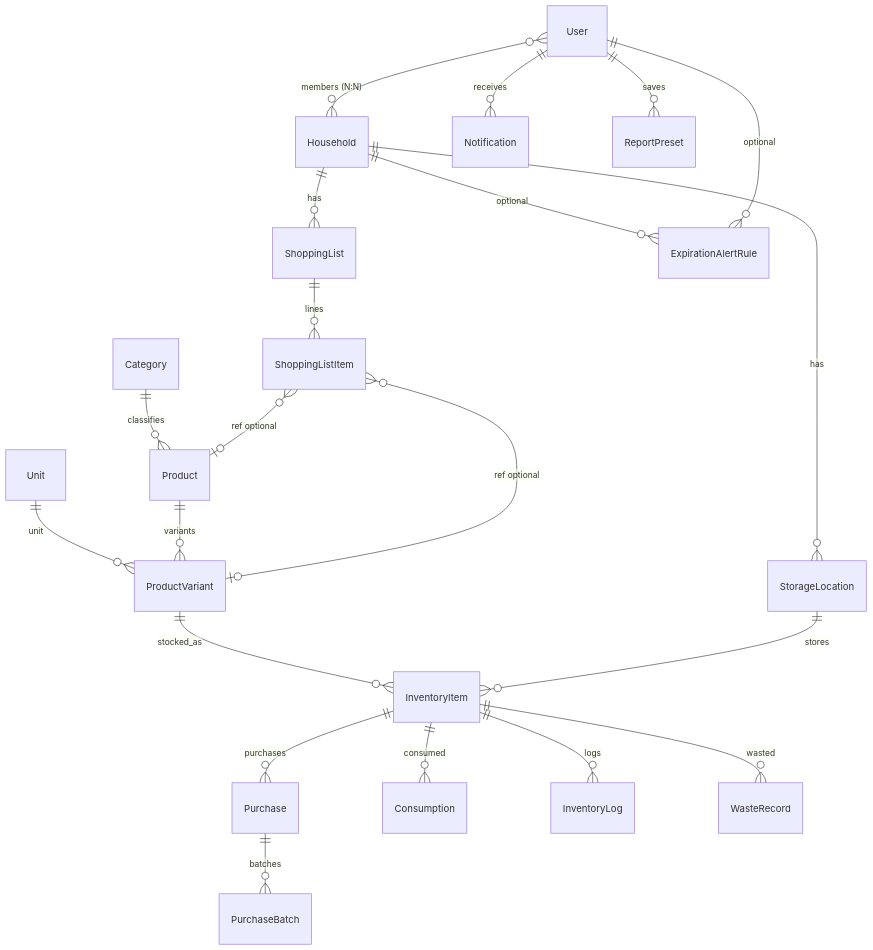
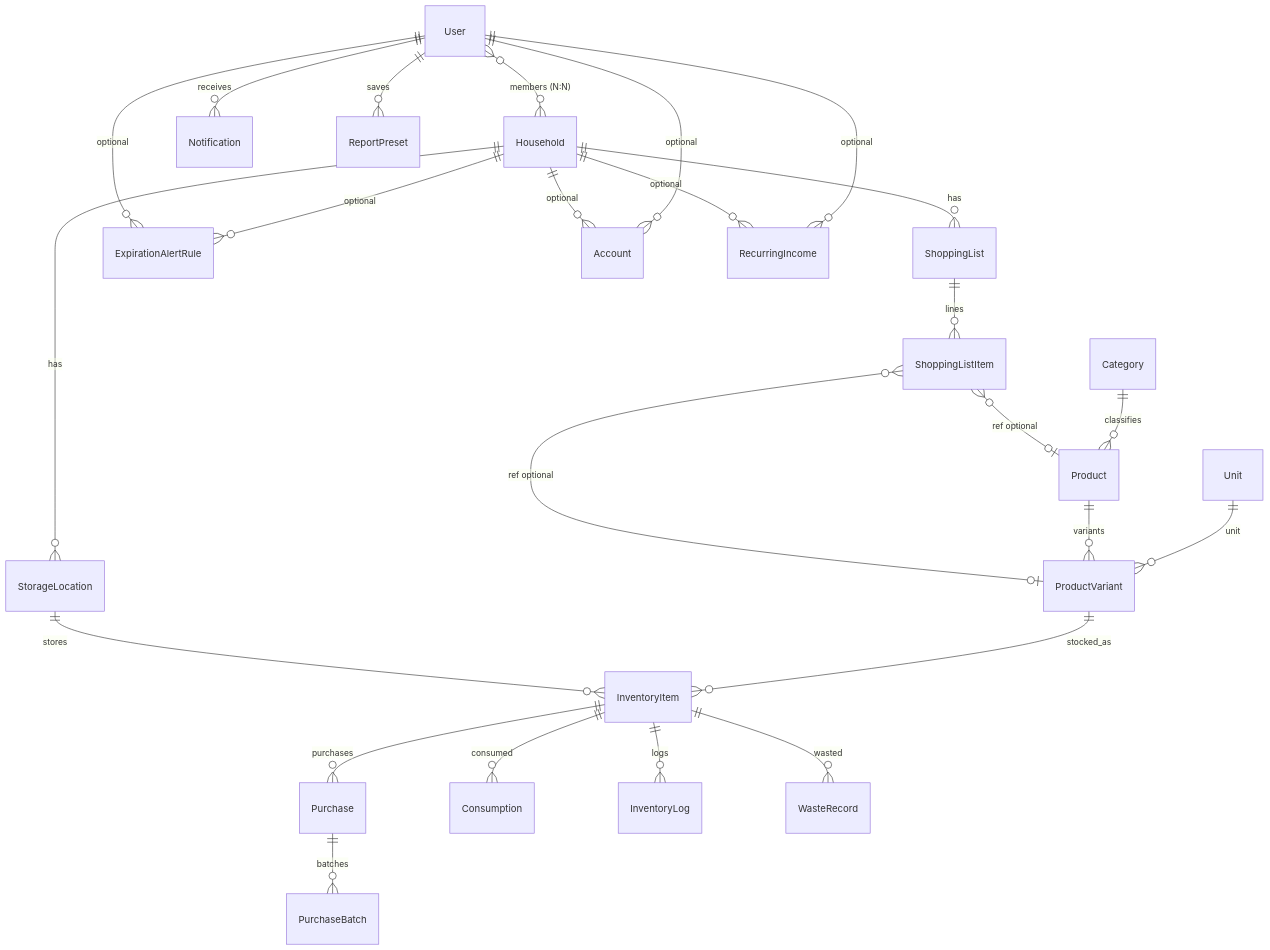
Before and after one commit to wukdddang/home-inventory-manager: the diagram in docs/er-diagram.md, drawn with Mermaid. The commit also changed other lines of this file and 4 other files, not shown here.

````diff
--- a/docs/er-diagram.md
+++ b/docs/er-diagram.md
@@ -86,29 +98,33 @@
 ```mermaid
 erDiagram
     User }o--o{ Household : "members (N:N)"
 
     Household ||--o{ StorageLocation : has
     Household ||--o{ ShoppingList : has
     Household ||--o{ ExpirationAlertRule : "optional"
 
     User ||--o{ Notification : receives
     User ||--o{ ExpirationAlertRule : "optional"
     User ||--o{ ReportPreset : saves
+    User ||--o{ Account : "optional"
+    User ||--o{ RecurringIncome : "optional"
+    Household ||--o{ Account : "optional"
+    Household ||--o{ RecurringIncome : "optional"
 
     Category ||--o{ Product : classifies
 
     Unit ||--o{ ProductVariant : unit
     Product ||--o{ ProductVariant : variants
     ProductVariant ||--o{ InventoryItem : stocked_as
     StorageLocation ||--o{ InventoryItem : stores
 
     InventoryItem ||--o{ Purchase : purchases
     Purchase ||--o{ PurchaseBatch : batches
     InventoryItem ||--o{ Consumption : consumed
     InventoryItem ||--o{ InventoryLog : logs
     InventoryItem ||--o{ WasteRecord : wasted
 
     ShoppingList ||--o{ ShoppingListItem : lines
     ShoppingListItem }o--o| Product : "ref optional"
     ShoppingListItem }o--o| ProductVariant : "ref optional"
 ```
````
